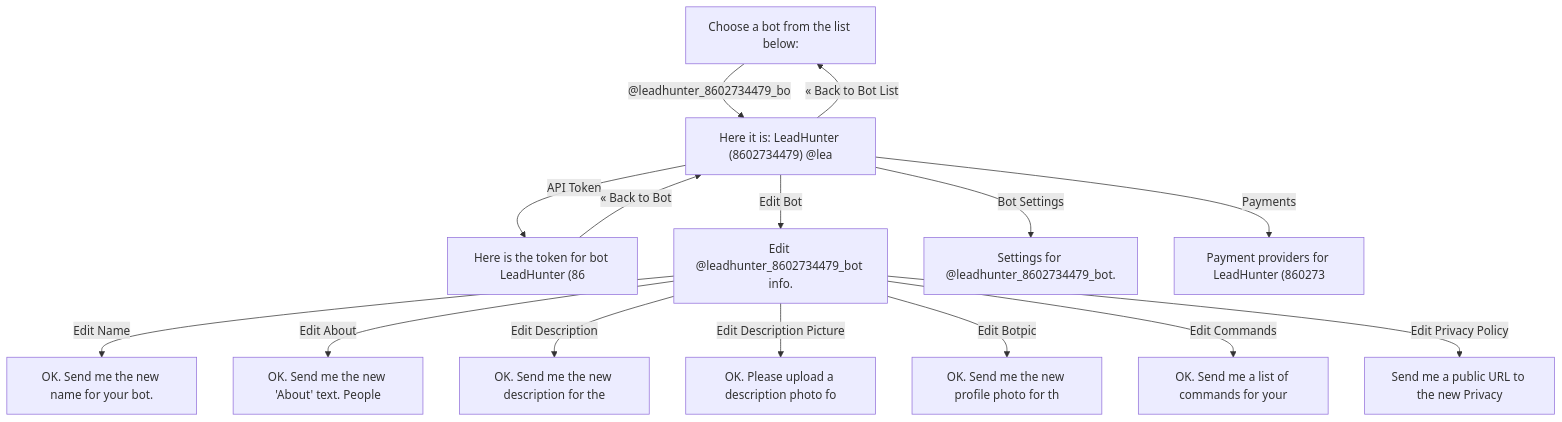
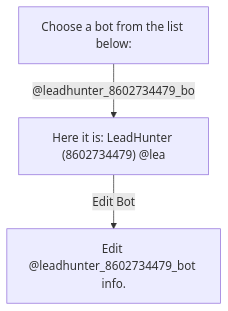
One commit to axisrow/tg-use changed the diagram in artifacts/flow.md. Above: the diagram before and after it, drawn with Mermaid. The commit also changed 9 other files, not shown here.

````diff
--- a/artifacts/flow.md
+++ b/artifacts/flow.md
@@ -3,30 +3,8 @@
 ```mermaid
 flowchart TD
     7b5c2e5e["Choose a bot from the list below:"]
     b11800b2["Here it is: LeadHunter (8602734479) @lea"]
-    8b6d1e0d["Here is the token for bot LeadHunter (86"]
     8494ab00["Edit @leadhunter_8602734479_bot info."]
-    64145c11["Settings for @leadhunter_8602734479_bot."]
-    bb02a8da["Payment providers for LeadHunter (860273"]
-    9cecad75["OK. Send me the new name for your bot."]
-    518b3b96["OK. Send me the new 'About' text. People"]
-    72386729["OK. Send me the new description for the "]
-    75d7f905["OK. Please upload a description photo fo"]
-    7aaa921b["OK. Send me the new profile photo for th"]
-    a1937083["OK. Send me a list of commands for your "]
-    fa985b3e["Send me a public URL to the new Privacy "]
     7b5c2e5e -->|"@leadhunter_8602734479_bo"| b11800b2
-    b11800b2 -->|"API Token"| 8b6d1e0d
     b11800b2 -->|"Edit Bot"| 8494ab00
-    b11800b2 -->|"Bot Settings"| 64145c11
-    b11800b2 -->|"Payments"| bb02a8da
-    b11800b2 -->|"« Back to Bot List"| 7b5c2e5e
-    8b6d1e0d -->|"« Back to Bot"| b11800b2
-    8494ab00 -->|"Edit Name"| 9cecad75
-    8494ab00 -->|"Edit About"| 518b3b96
-    8494ab00 -->|"Edit Description"| 72386729
-    8494ab00 -->|"Edit Description Picture"| 75d7f905
-    8494ab00 -->|"Edit Botpic"| 7aaa921b
-    8494ab00 -->|"Edit Commands"| a1937083
-    8494ab00 -->|"Edit Privacy Policy"| fa985b3e
 ```
````
